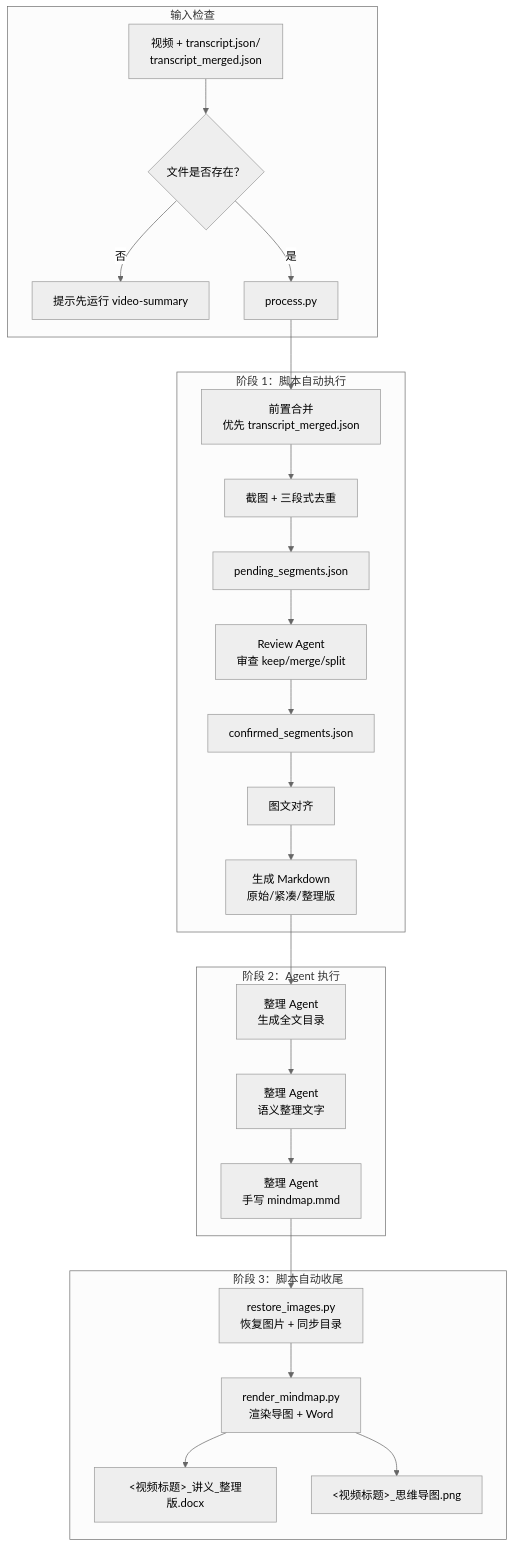
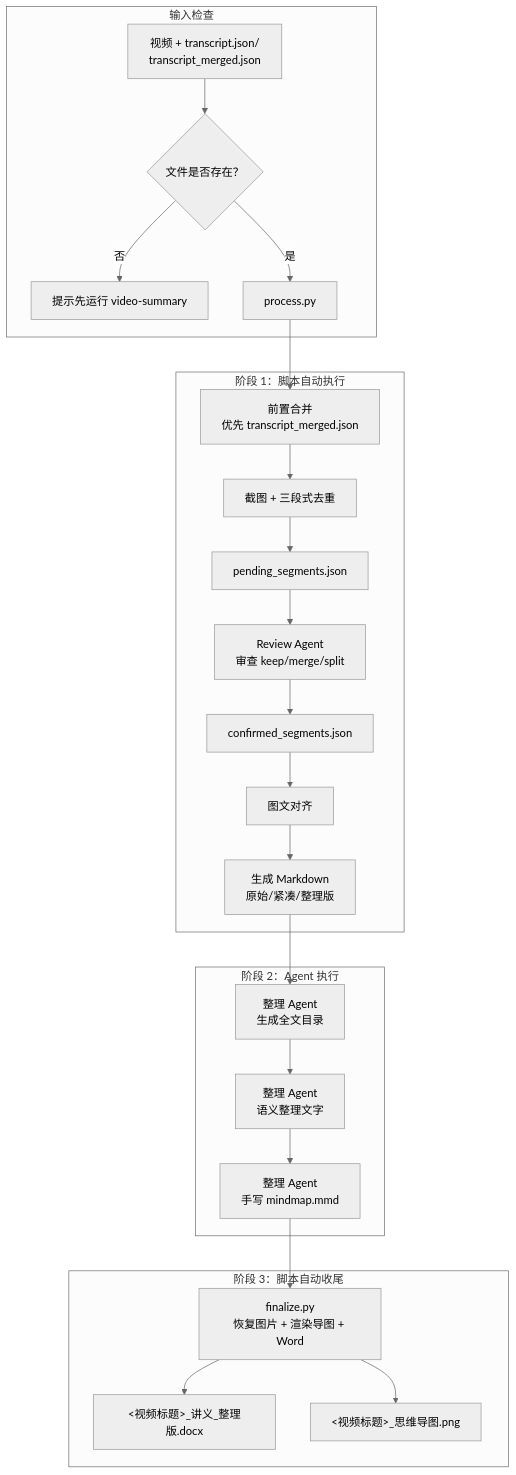
One commit to jarvislee90s-dot/VideoToDoc-skills changed the second of 2 diagrams in .agents/skills/video-to-slides/SKILL.md. Above: the diagram before and after it, drawn with Mermaid (neutral theme). The commit also changed other lines of this file and 1 other file, not shown here.

First line of the commit message:
docs(video-to-slides): 阶段 3 收尾改用 finalize.py wrapper

````diff
--- a/.agents/skills/video-to-slides/SKILL.md
+++ b/.agents/skills/video-to-slides/SKILL.md
@@ -87,31 +87,30 @@
 ```mermaid
 flowchart TB
     subgraph input ["输入检查"]
         A[视频 + transcript.json/<br/>transcript_merged.json] --> B{文件是否存在？}
         B -- 否 --> C[提示先运行 video-summary]
         B -- 是 --> D[process.py]
     end
 
     subgraph p1 ["阶段 1：脚本自动执行"]
         D --> E[前置合并<br/>优先 transcript_merged.json]
         E --> F[截图 + 三段式去重]
         F --> G[pending_segments.json]
         G --> H[Review Agent<br/>审查 keep/merge/split]
         H --> I[confirmed_segments.json]
         I --> J[图文对齐]
         J --> K[生成 Markdown<br/>原始/紧凑/整理版]
     end
 
     subgraph p2 ["阶段 2：Agent 执行"]
         K --> L[整理 Agent<br/>生成全文目录]
         L --> M[整理 Agent<br/>语义整理文字]
         M --> N[整理 Agent<br/>手写 mindmap.mmd]
     end
 
     subgraph p3 ["阶段 3：脚本自动收尾"]
-        N --> O[restore_images.py<br/>恢复图片 + 同步目录]
-        O --> P[render_mindmap.py<br/>渲染导图 + Word]
-        P --> Q[<视频标题>_讲义_整理版.docx]
-        P --> R[<视频标题>_思维导图.png]
+        N --> O[finalize.py<br/>恢复图片 + 渲染导图 + Word]
+        O --> Q[<视频标题>_讲义_整理版.docx]
+        O --> R[<视频标题>_思维导图.png]
     end
 ```
````
